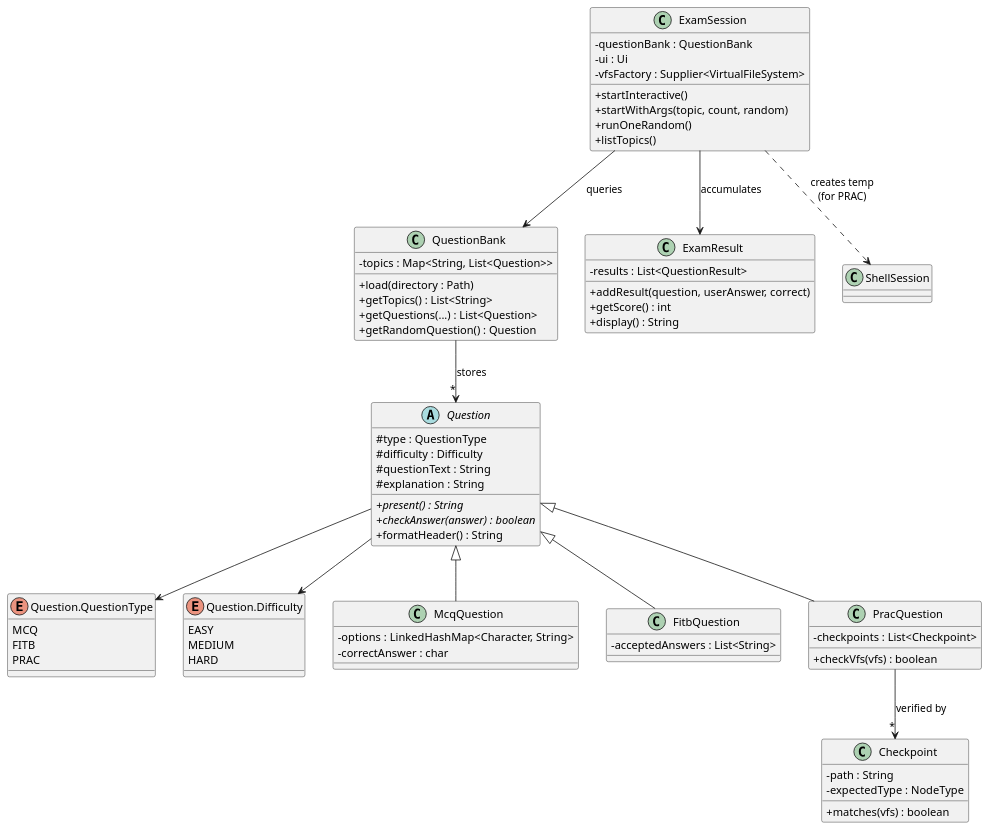
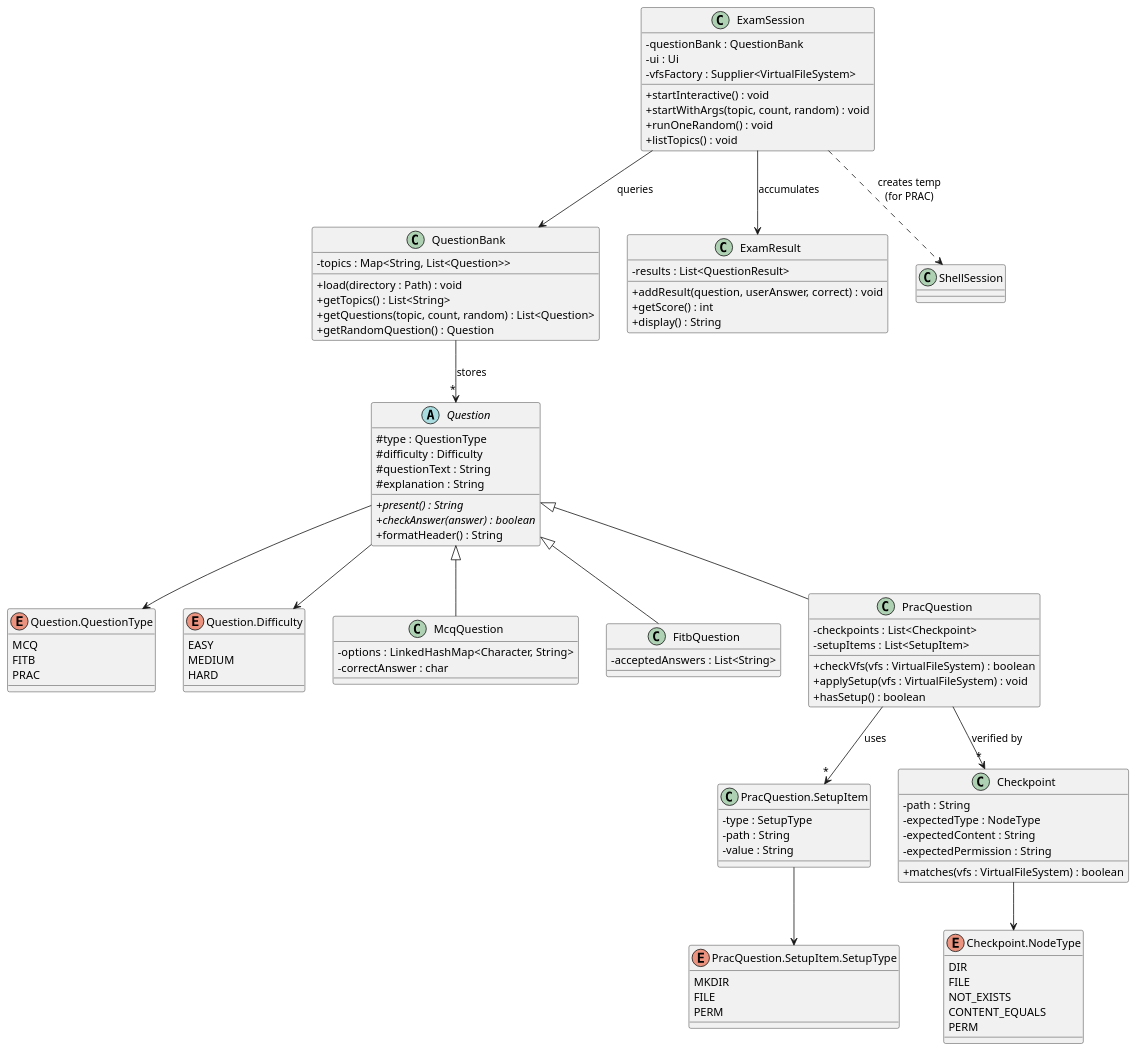
The fifth of 14 diagrams in docs/DeveloperGuide.md (siddhant2118/tp), drawn with PlantUML before and after one commit.

Commit message:
DG: Update PlantUML diagram code for Exam Module

```diff
--- a/docs/DeveloperGuide.md
+++ b/docs/DeveloperGuide.md
@@ -328,20 +328,45 @@
 
 class PracQuestion extends Question {
     - checkpoints : List<Checkpoint>
-    + checkVfs(vfs) : boolean
+    - setupItems : List<SetupItem>
+    + checkVfs(vfs : VirtualFileSystem) : boolean
+    + applySetup(vfs : VirtualFileSystem) : void
+    + hasSetup() : boolean
+}
+
+class "PracQuestion.SetupItem" as SetupItem {
+    - type : SetupType
+    - path : String
+    - value : String
+}
+
+enum "PracQuestion.SetupItem.SetupType" as SetupType {
+    MKDIR
+    FILE
+    PERM
 }
 
 class Checkpoint {
     - path : String
     - expectedType : NodeType
-    + matches(vfs) : boolean
+    - expectedContent : String
+    - expectedPermission : String
+    + matches(vfs : VirtualFileSystem) : boolean
+}
+
+enum "Checkpoint.NodeType" as NodeType {
+    DIR
+    FILE
+    NOT_EXISTS
+    CONTENT_EQUALS
+    PERM
 }
 
 class QuestionBank {
     - topics : Map<String, List<Question>>
-    + load(directory : Path)
+    + load(directory : Path) : void
     + getTopics() : List<String>
-    + getQuestions(...) : List<Question>
+    + getQuestions(topic, count, random) : List<Question>
     + getRandomQuestion() : Question
 }
 
@@ -349,15 +374,15 @@
     - questionBank : QuestionBank
     - ui : Ui
     - vfsFactory : Supplier<VirtualFileSystem>
-    + startInteractive()
-    + startWithArgs(topic, count, random)
-    + runOneRandom()
-    + listTopics()
+    + startInteractive() : void
+    + startWithArgs(topic, count, random) : void
+    + runOneRandom() : void
+    + listTopics() : void
 }
 
 class ExamResult {
     - results : List<QuestionResult>
-    + addResult(question, userAnswer, correct)
+    + addResult(question, userAnswer, correct) : void
     + getScore() : int
     + display() : String
 }
@@ -365,6 +390,9 @@
 Question --> QT
 Question --> QD
 PracQuestion --> "*" Checkpoint : verified by
+PracQuestion --> "*" SetupItem : uses
+Checkpoint --> NodeType
+SetupItem --> SetupType
 ExamSession --> QuestionBank : queries
 ExamSession --> ExamResult : accumulates
 ExamSession ..> ShellSession : creates temp\n(for PRAC)
```
